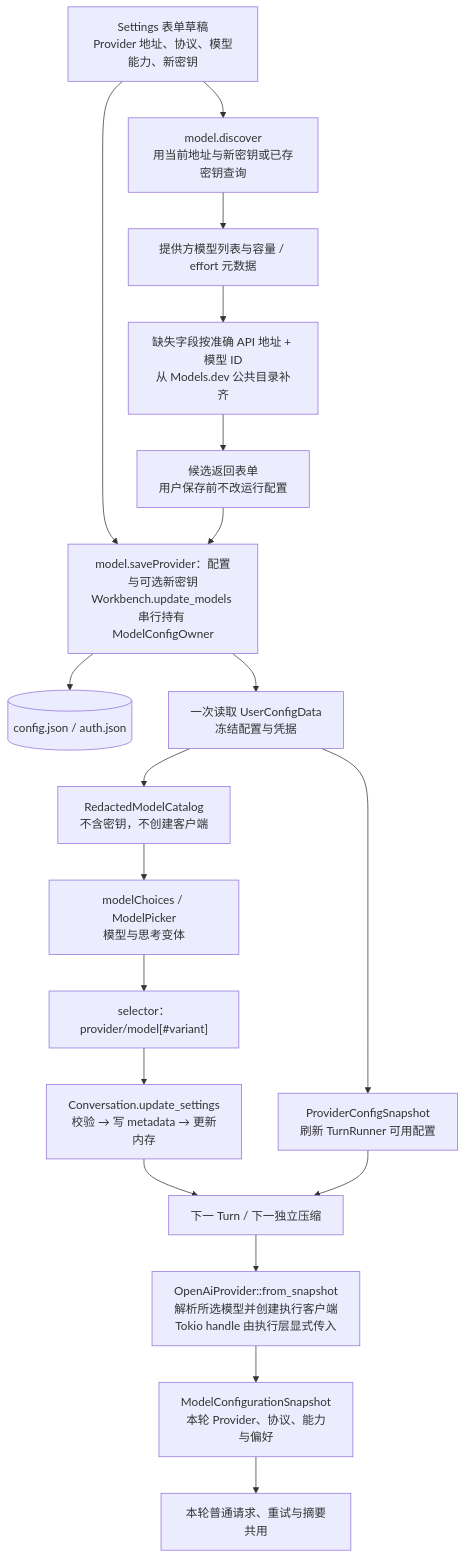
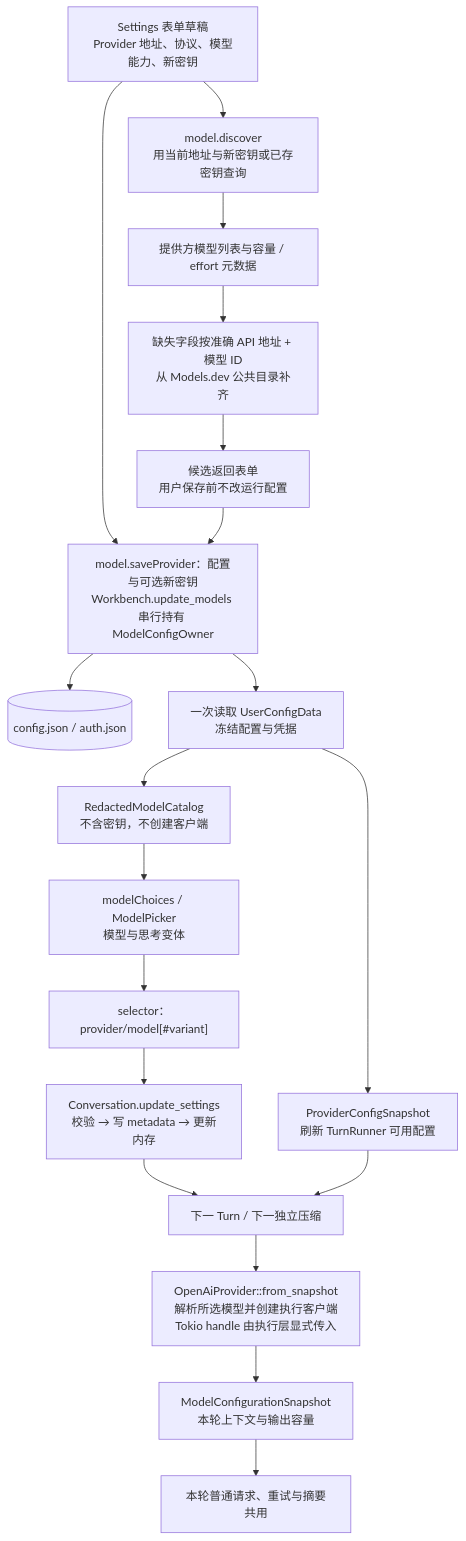
One commit to qjcnmd/singularity-agent changed diagram 18 of 29 in docs/singularity.md. Above: the diagram before and after it, drawn with Mermaid. The commit also changed 19 other files, not shown here.

````diff
--- a/docs/singularity.md
+++ b/docs/singularity.md
@@ -494,21 +494,21 @@
 ```mermaid
 flowchart TB
     Form["Settings 表单草稿<br/>Provider 地址、协议、模型能力、新密钥"] --> Discover["model.discover<br/>用当前地址与新密钥或已存密钥查询"]
     Discover --> Remote["提供方模型列表与容量 / effort 元数据"]
     Remote --> Missing["缺失字段按准确 API 地址 + 模型 ID<br/>从 Models.dev 公共目录补齐"]
     Missing --> Candidates["候选返回表单<br/>用户保存前不改运行配置"]
     Form --> Save["model.saveProvider：配置与可选新密钥<br/>Workbench.update_models 串行持有 ModelConfigOwner"]
     Candidates --> Save
     Save --> Disk[("config.json / auth.json")]
     Save --> Parsed["一次读取 UserConfigData<br/>冻结配置与凭据"]
     Parsed --> ProviderSnapshot["ProviderConfigSnapshot<br/>刷新 TurnRunner 可用配置"]
     Parsed --> Catalog["RedactedModelCatalog<br/>不含密钥，不创建客户端"]
     Catalog --> Picker["modelChoices / ModelPicker<br/>模型与思考变体"]
     Picker --> Selector["selector：provider/model[#variant]"]
     Selector --> Settings["Conversation.update_settings<br/>校验 → 写 metadata → 更新内存"]
     Settings --> Next["下一 Turn / 下一独立压缩"]
     ProviderSnapshot --> Next
     Next --> Factory["OpenAiProvider::from_snapshot<br/>解析所选模型并创建执行客户端<br/>Tokio handle 由执行层显式传入"]
-    Factory --> Frozen["ModelConfigurationSnapshot<br/>本轮 Provider、协议、能力与偏好"]
+    Factory --> Frozen["ModelConfigurationSnapshot<br/>本轮上下文与输出容量"]
     Frozen --> Requests["本轮普通请求、重试与摘要共用"]
 ```
````
